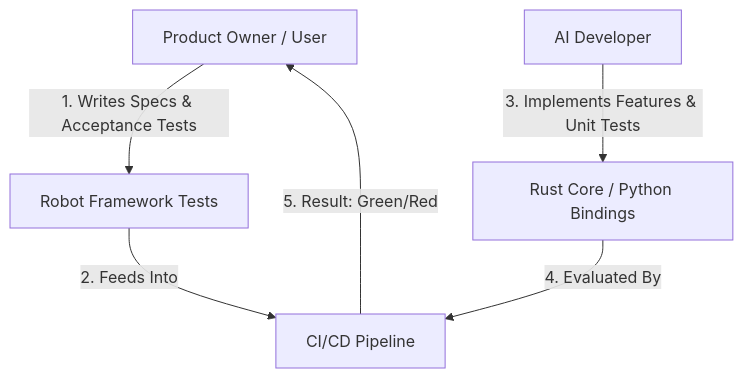
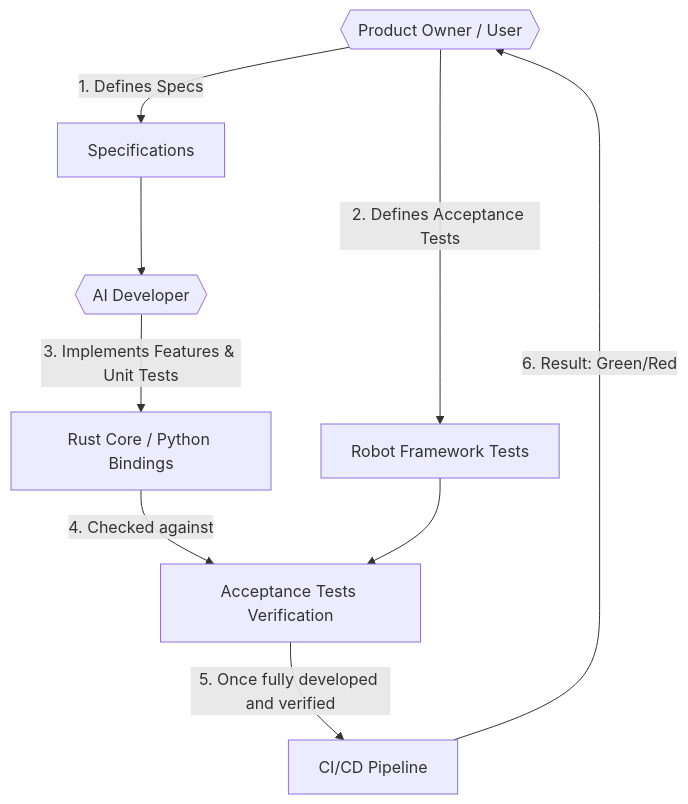
Before and after one commit to pcasteran/tabularix: the diagram in README.md, drawn with Mermaid. The commit also changed other lines of this file and 34 other files, not shown here.

````diff
--- a/README.md
+++ b/README.md
@@ -59,8 +61,11 @@
 ```mermaid
 graph TD
-    User[Product Owner / User] -->|1. Writes Specs & Acceptance Tests| Robot[Robot Framework Tests]
-    Robot -->|2. Feeds Into| CI[CI/CD Pipeline]
-    AI[AI Developer] -->|3. Implements Features & Unit Tests| Code[Rust Core / Python Bindings]
-    Code -->|4. Evaluated By| CI
-    CI -->|5. Result: Green/Red| User
+    User{{"Product Owner / User"}} -->|1. Defines Specs| Specs[Specifications]
+    User -->|2. Defines Acceptance Tests| Robot[Robot Framework Tests]
+    Specs --> AI{{"AI Developer"}}
+    AI -->|3. Implements Features & Unit Tests| Code[Rust Core / Python Bindings]
+    Code -->|4. Checked against| Check[Acceptance Tests Verification]
+    Robot --> Check
+    Check -->|5. Once fully developed and verified| CI[CI/CD Pipeline]
+    CI -->|6. Result: Green/Red| User
 ```
````
